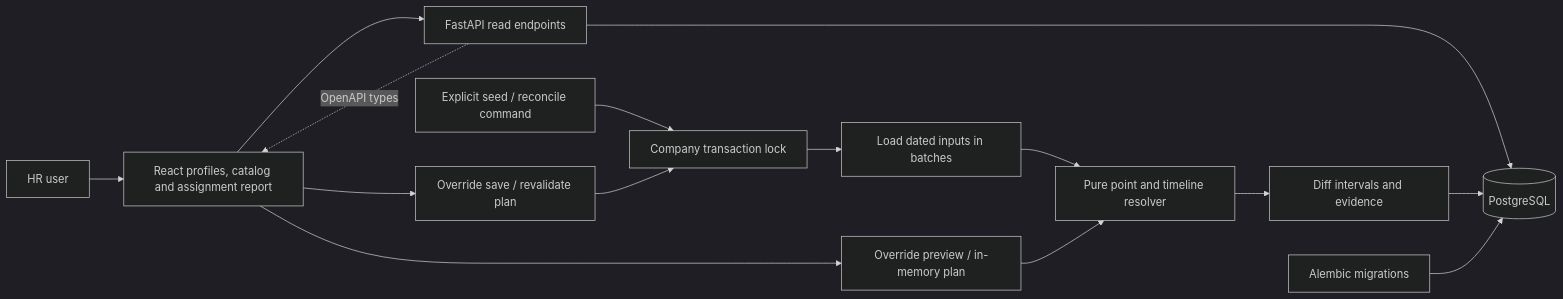
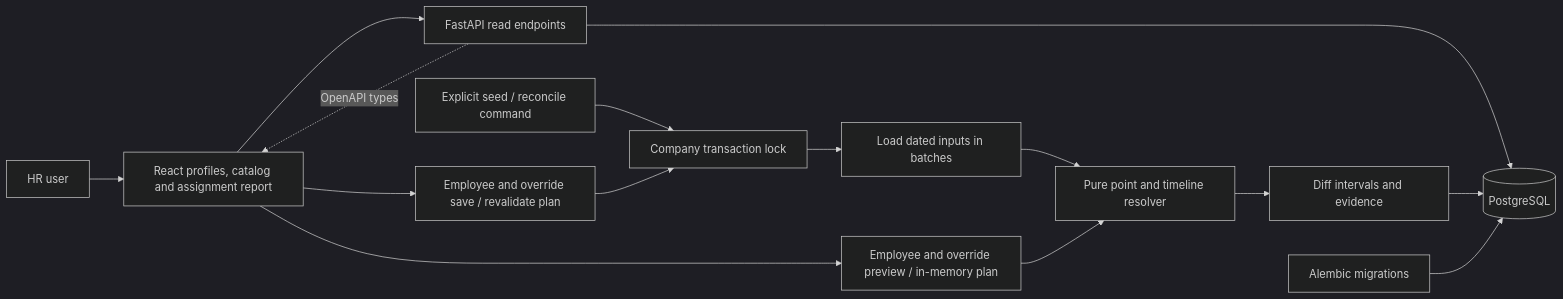
The first of 2 diagrams in docs/architecture.md (yarora21/warping), drawn with Mermaid (dark theme) before and after one commit. The commit also changed other lines of this file and 14 other files, not shown here.

````diff
--- a/docs/architecture.md
+++ b/docs/architecture.md
@@ -5,17 +5,17 @@
 ```mermaid
 flowchart LR
     HR[HR user] --> UI[React profiles, catalog and assignment report]
     UI --> API[FastAPI read endpoints]
     API --> DB[(PostgreSQL)]
     SEED[Explicit seed / reconcile command] --> LOCK[Company transaction lock]
     LOCK --> LOAD[Load dated inputs in batches]
     LOAD --> RESOLVE[Pure point and timeline resolver]
     RESOLVE --> DIFF[Diff intervals and evidence]
     DIFF --> DB
     MIG[Alembic migrations] --> DB
     API -. OpenAPI types .-> UI
-    UI --> PREVIEW[Override preview / in-memory plan]
+    UI --> PREVIEW[Employee and override preview / in-memory plan]
     PREVIEW --> RESOLVE
-    UI --> SAVE[Override save / revalidate plan]
+    UI --> SAVE[Employee and override save / revalidate plan]
     SAVE --> LOCK
 ```
````
